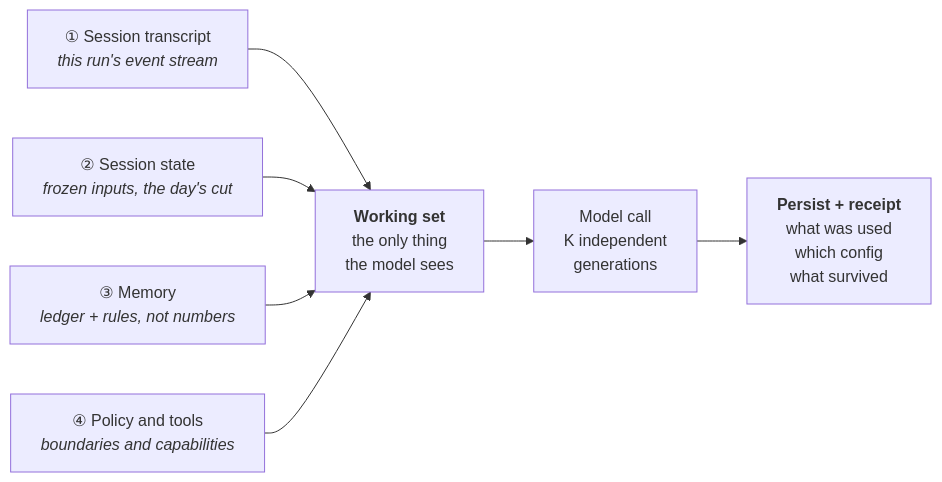
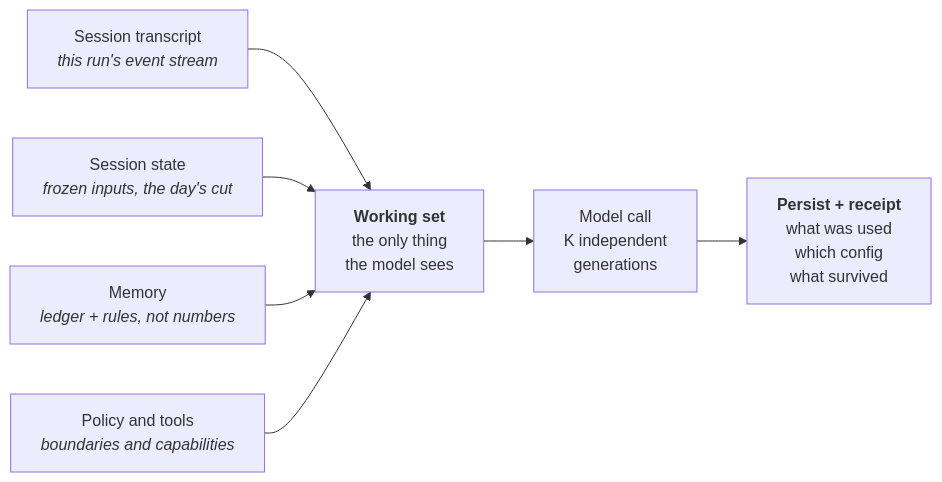
One commit to oldjack233/oldjack233 changed the second of 2 diagrams in README.md. Above: the diagram before and after it, drawn with Mermaid. The commit also changed other lines of this file, not shown here.

First line of the commit message:
Rebuild architecture on data / strategy / evaluation / memory; drop fold toggles

````diff
--- a/README.md
+++ b/README.md
@@ -61,15 +81,15 @@
 ```mermaid
 flowchart LR
-    A["① Session transcript<br/><i>this run's event stream</i>"]
-    B["② Session state<br/><i>frozen inputs, the day's cut</i>"]
-    C["③ Memory<br/><i>ledger + rules, not numbers</i>"]
-    D["④ Policy and tools<br/><i>boundaries and capabilities</i>"]
+    A["Session transcript<br/><i>this run's event stream</i>"]
+    B["Session state<br/><i>frozen inputs, the day's cut</i>"]
+    C["Memory<br/><i>ledger + rules, not numbers</i>"]
+    D["Policy and tools<br/><i>boundaries and capabilities</i>"]
     W["<b>Working set</b><br/>the only thing<br/>the model sees"]
     MC["Model call<br/>K independent<br/>generations"]
     P["<b>Persist + receipt</b><br/>what was used<br/>which config<br/>what survived"]
     A --> W
     B --> W
     C --> W
     D --> W
     W --> MC --> P
 ```
````
